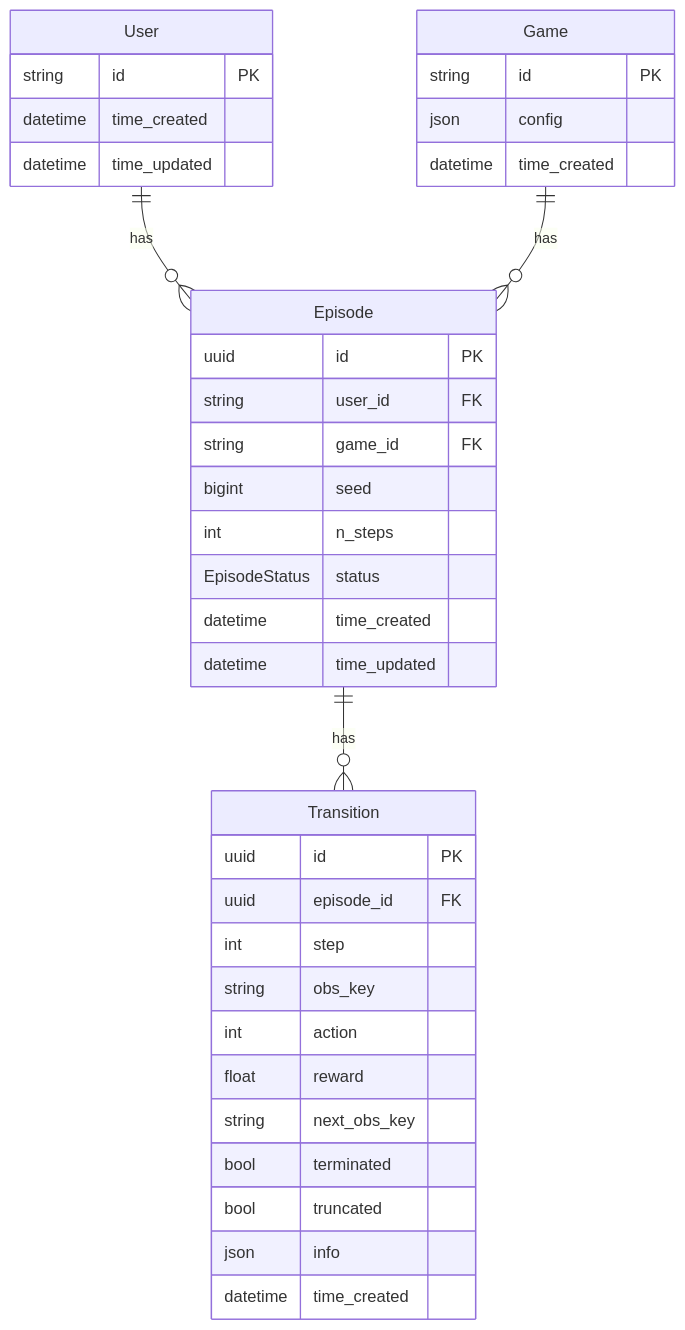
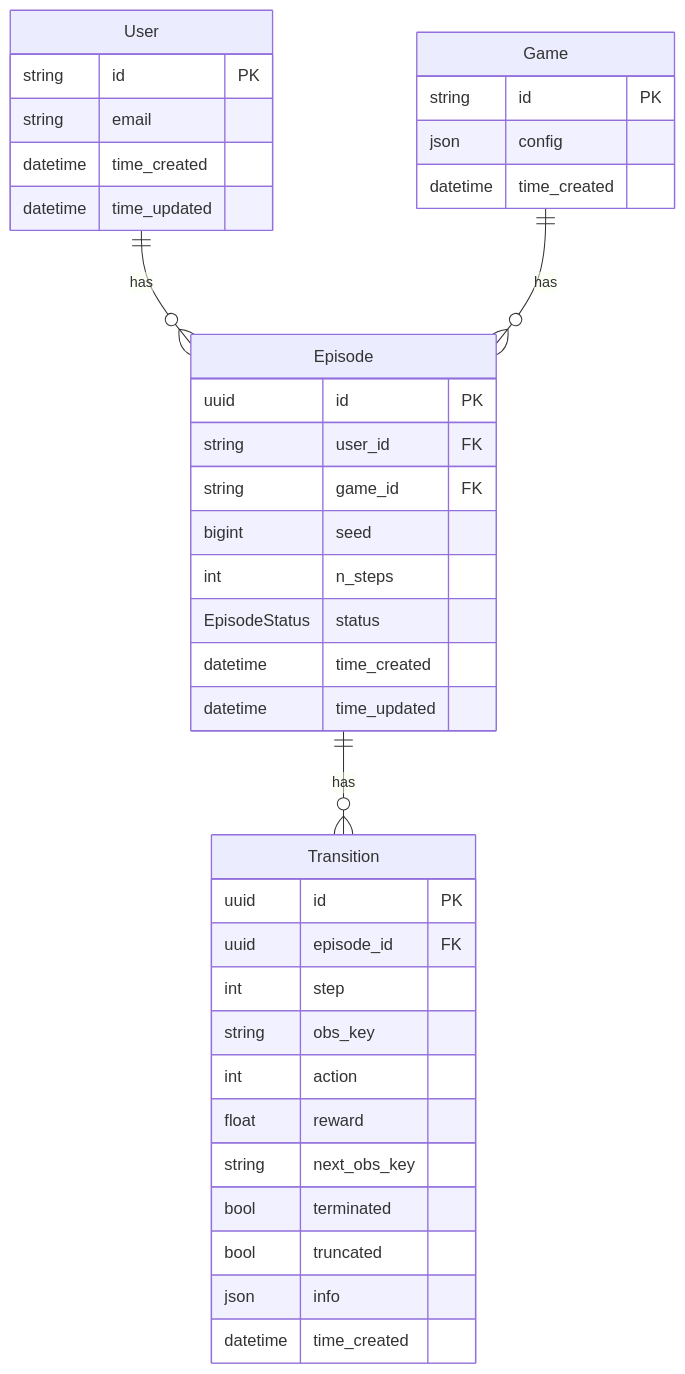
The second of 2 diagrams in README.md (farazeid/skill-arcade), drawn with Mermaid before and after one commit.

````diff
--- a/README.md
+++ b/README.md
@@ -101,43 +101,44 @@
 ```mermaid
 erDiagram
     User {
         string id PK
+        string email
         datetime time_created
         datetime time_updated
     }
 
     Game {
         string id PK
         json config
         datetime time_created
     }
 
     Episode {
         uuid id PK
         string user_id FK
         string game_id FK
         bigint seed
         int n_steps
         EpisodeStatus status
         datetime time_created
         datetime time_updated
     }
 
     Transition {
         uuid id PK
         uuid episode_id FK
         int step
         string obs_key
         int action
         float reward
         string next_obs_key
         bool terminated
         bool truncated
         json info
         datetime time_created
     }
 
     User ||--o{ Episode : "has"
     Game ||--o{ Episode : "has"
     Episode ||--o{ Transition : "has"
 ```
````
